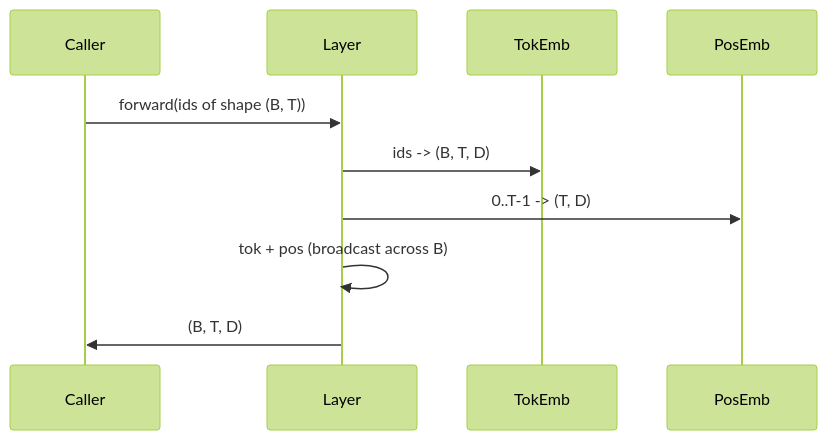
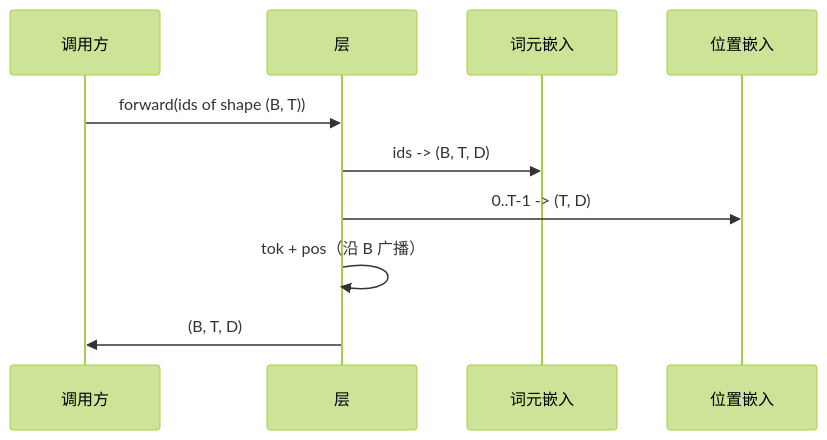
The second of 2 diagrams in phases/19-capstone-projects/32-token-positional-embeddings.md (cq0206/ai-engineering-from-scratch), drawn with Mermaid (forest theme) before and after one commit. The commit also changed other lines of this file and 150 other files, not shown here.

````diff
--- a/phases/19-capstone-projects/32-token-positional-embeddings.md
+++ b/phases/19-capstone-projects/32-token-positional-embeddings.md
@@ -77,12 +77,12 @@
 ```mermaid
 sequenceDiagram
-    participant Caller
-    participant Layer
-    participant TokEmb
-    participant PosEmb
+    participant Caller as 调用方
+    participant Layer as 层
+    participant TokEmb as 词元嵌入
+    participant PosEmb as 位置嵌入
     Caller->>Layer: forward(ids of shape (B, T))
     Layer->>TokEmb: ids -> (B, T, D)
     Layer->>PosEmb: 0..T-1 -> (T, D)
-    Layer->>Layer: tok + pos (broadcast across B)
+    Layer->>Layer: tok + pos（沿 B 广播）
     Layer->>Caller: (B, T, D)
 ```
````
